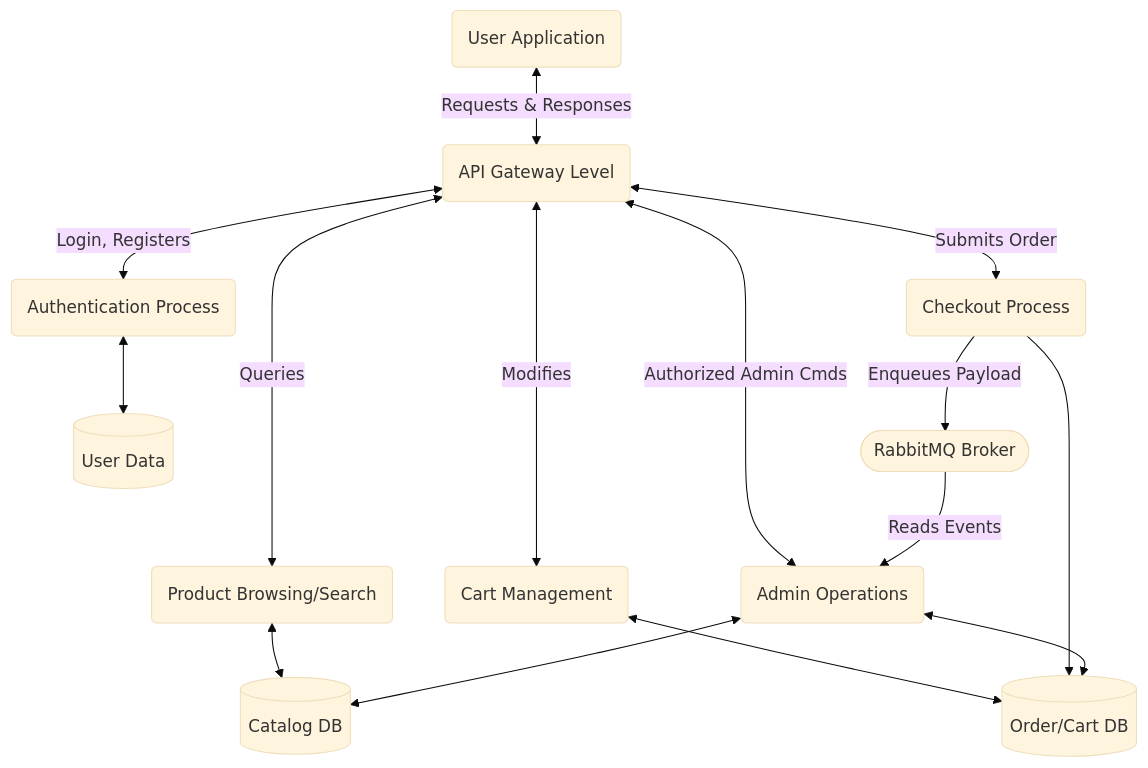
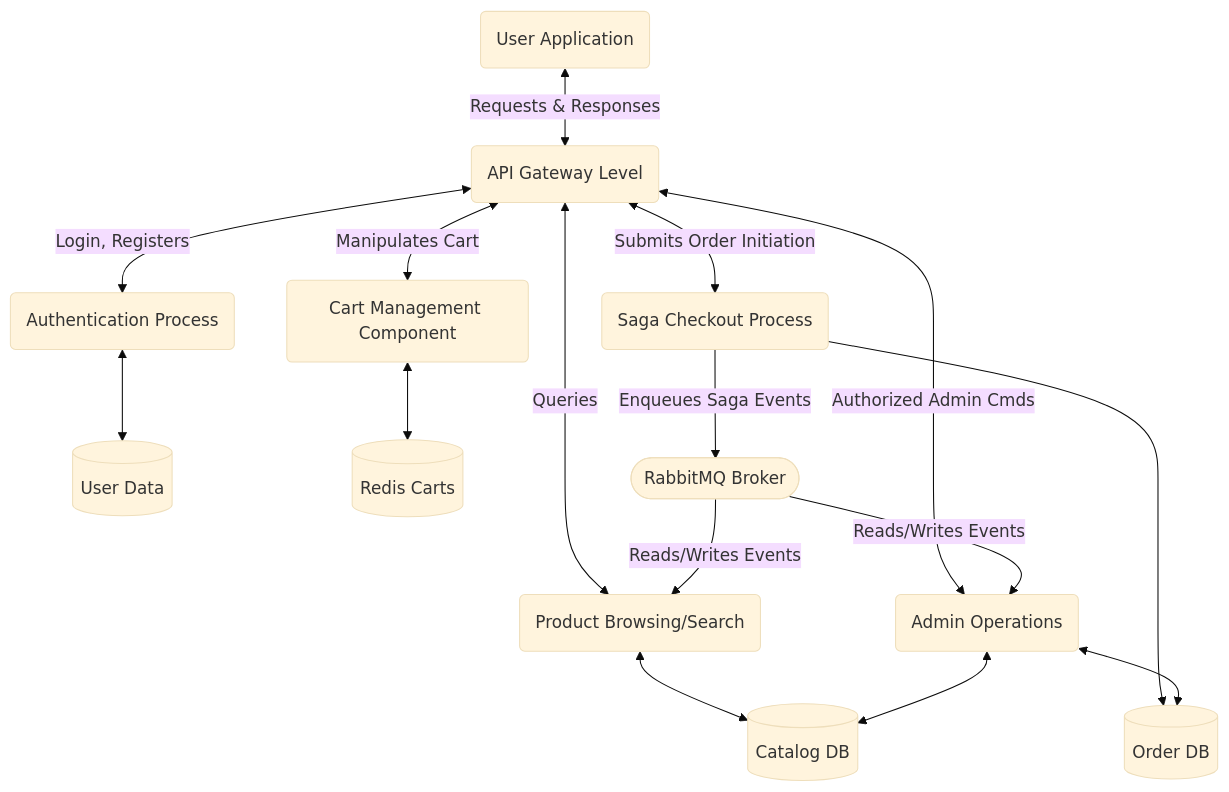
The ninth of 16 diagrams in CapShop/docs/SystemArchitecture.md (Kundan12218014/FastTrack-CapShop), drawn with Mermaid (base theme) before and after one commit. The commit also changed other lines of this file and 95 other files, not shown here.

````diff
--- a/CapShop/docs/SystemArchitecture.md
+++ b/CapShop/docs/SystemArchitecture.md
@@ -334,35 +333,37 @@
 ```mermaid
 flowchart TD
     User(User Application)
-    
+
     System_Gateway(API Gateway Level)
-    
+
     P1(Authentication Process)
     P2(Product Browsing/Search)
-    P3(Cart Management)
-    P4(Checkout Process)
+    P3(Cart Management Component)
+    P4(Saga Checkout Process)
     P5(Admin Operations)
 
     DB_User[(User Data)]
     DB_Cat[(Catalog DB)]
-    DB_Orders[(Order/Cart DB)]
+    DB_Orders[(Order DB)]
+    Redis_Carts[(Redis Carts)]
     Broker([RabbitMQ Broker])
 
     User <-->|Requests & Responses| System_Gateway
-    
+
     System_Gateway <-->|Login, Registers| P1
     System_Gateway <-->|Queries| P2
-    System_Gateway <-->|Modifies| P3
-    System_Gateway <-->|Submits Order| P4
+    System_Gateway <-->|Manipulates Cart| P3
+    System_Gateway <-->|Submits Order Initiation| P4
     System_Gateway <-->|Authorized Admin Cmds| P5
 
     P1 <--> DB_User
     P2 <--> DB_Cat
-    P3 <--> DB_Orders
+    P3 <--> Redis_Carts
     P4 --> DB_Orders
-    P4 -->|Enqueues Payload| Broker
-    
-    Broker -->|Reads Events| P5
+    P4 -->|Enqueues Saga Events| Broker
+
+    Broker -->|Reads/Writes Events| P5
+    Broker -->|Reads/Writes Events| P2
     P5 <--> DB_Cat
     P5 <--> DB_Orders
 ```
````
